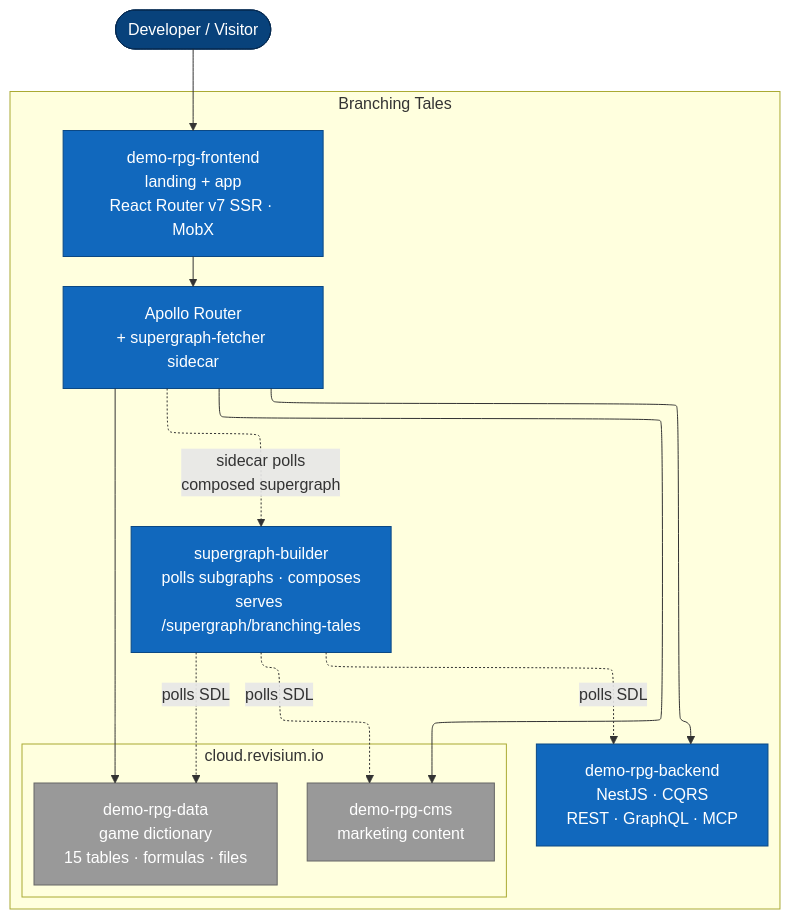
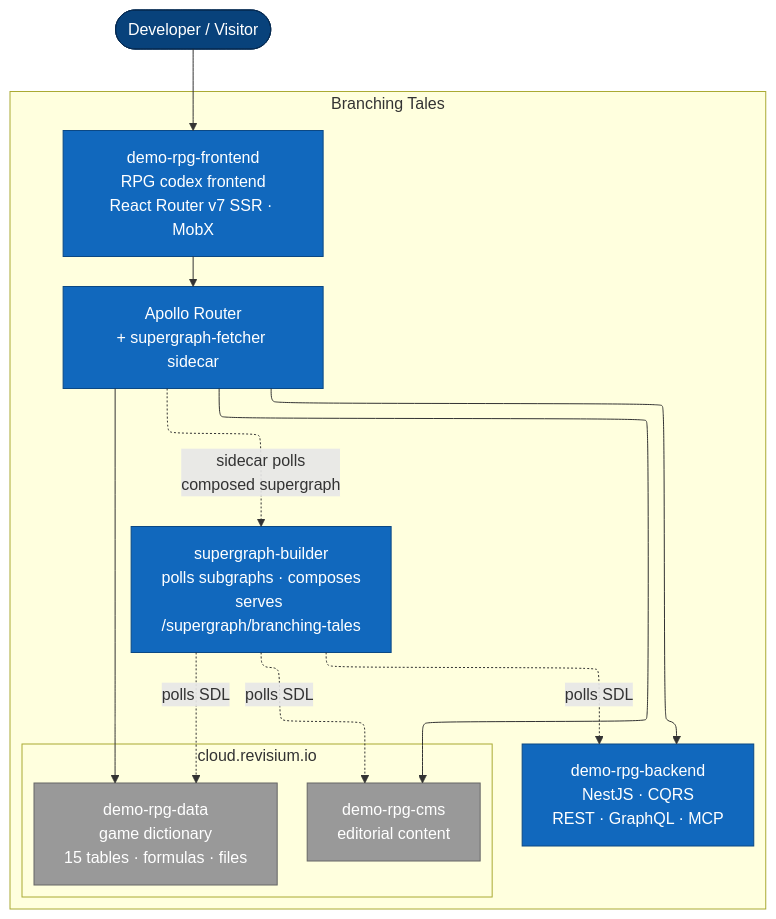
The diagram in README.md (revisium/demo-rpg-docs), drawn with Mermaid before and after one commit. The commit also changed other lines of this file and 7 other files, not shown here.

Commit message:
docs: frame Branching Tales as RPG codex (#11)

````diff
--- a/README.md
+++ b/README.md
@@ -52,37 +57,37 @@
 ```mermaid
 %%{init: {"flowchart": {"defaultRenderer": "elk"}}}%%
 flowchart TB
   U(["Developer / Visitor"])
 
   subgraph demo["Branching Tales"]
     direction TB
 
-    LAND["demo-rpg-frontend<br/>landing + app<br/>React Router v7 SSR · MobX"]
+    LAND["demo-rpg-frontend<br/>RPG codex frontend<br/>React Router v7 SSR · MobX"]
     ROUTER["Apollo Router<br/>+ supergraph-fetcher sidecar"]
     BUILDER["supergraph-builder<br/>polls subgraphs · composes<br/>serves /supergraph/branching-tales"]
     BE["demo-rpg-backend<br/>NestJS · CQRS<br/>REST · GraphQL · MCP"]
 
     subgraph cloud["cloud.revisium.io"]
       direction TB
       DATA["demo-rpg-data<br/>game dictionary<br/>15 tables · formulas · files"]
-      CMS["demo-rpg-cms<br/>marketing content"]
+      CMS["demo-rpg-cms<br/>editorial content"]
     end
   end
 
   U --> LAND
   LAND --> ROUTER
   ROUTER --> BE
   ROUTER --> DATA
   ROUTER --> CMS
   BUILDER -.->|polls SDL| BE
   BUILDER -.->|polls SDL| DATA
   BUILDER -.->|polls SDL| CMS
   ROUTER -.->|sidecar polls<br/>composed supergraph| BUILDER
 
   classDef container fill:#1168bd,stroke:#0b4884,color:#fff
   classDef external fill:#999,stroke:#666,color:#fff
   classDef person fill:#08427b,stroke:#052a52,color:#fff
   class LAND,ROUTER,BE,BUILDER container
   class DATA,CMS external
   class U person
 ```
````
